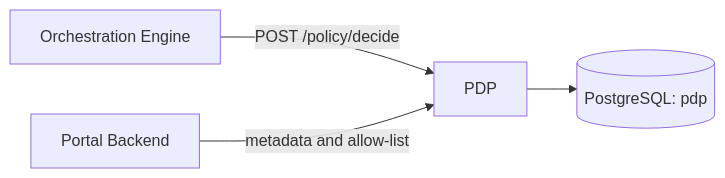
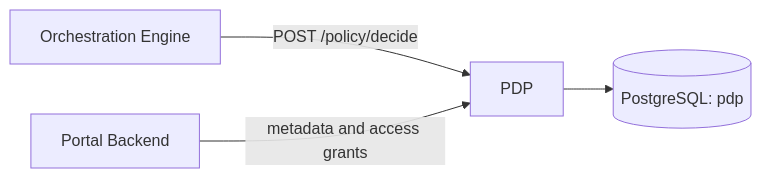
The diagram in cmd/pdp/README.md (openndx/openndx-core), drawn with Mermaid before and after one commit. The commit also changed other lines of this file and 29 other files, not shown here.

````diff
--- a/cmd/pdp/README.md
+++ b/cmd/pdp/README.md
@@ -9,6 +9,6 @@
 ```mermaid
 flowchart LR
     OE[Orchestration Engine] -->|POST /policy/decide| PDP
-    PB[Portal Backend] -->|metadata and allow-list| PDP
+    PB[Portal Backend] -->|metadata and access grants| PDP
     PDP --> DB[(PostgreSQL: pdp)]
 ```
````
